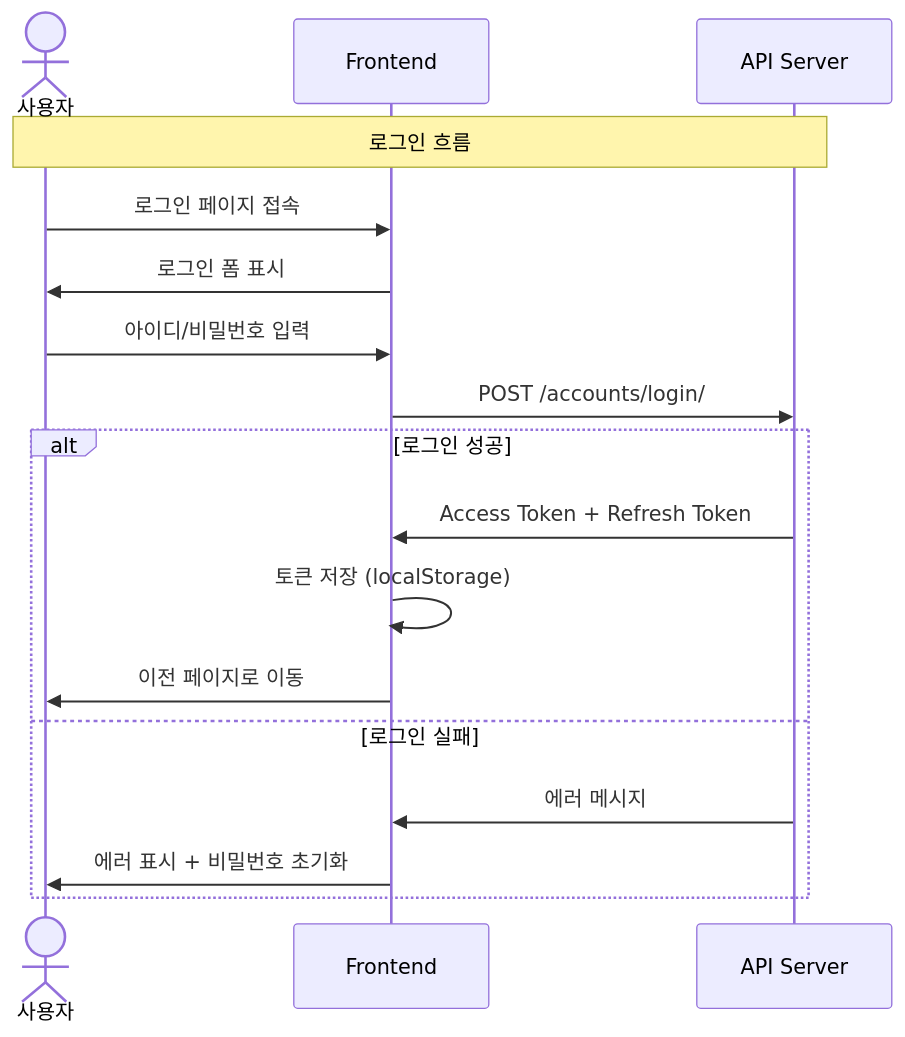
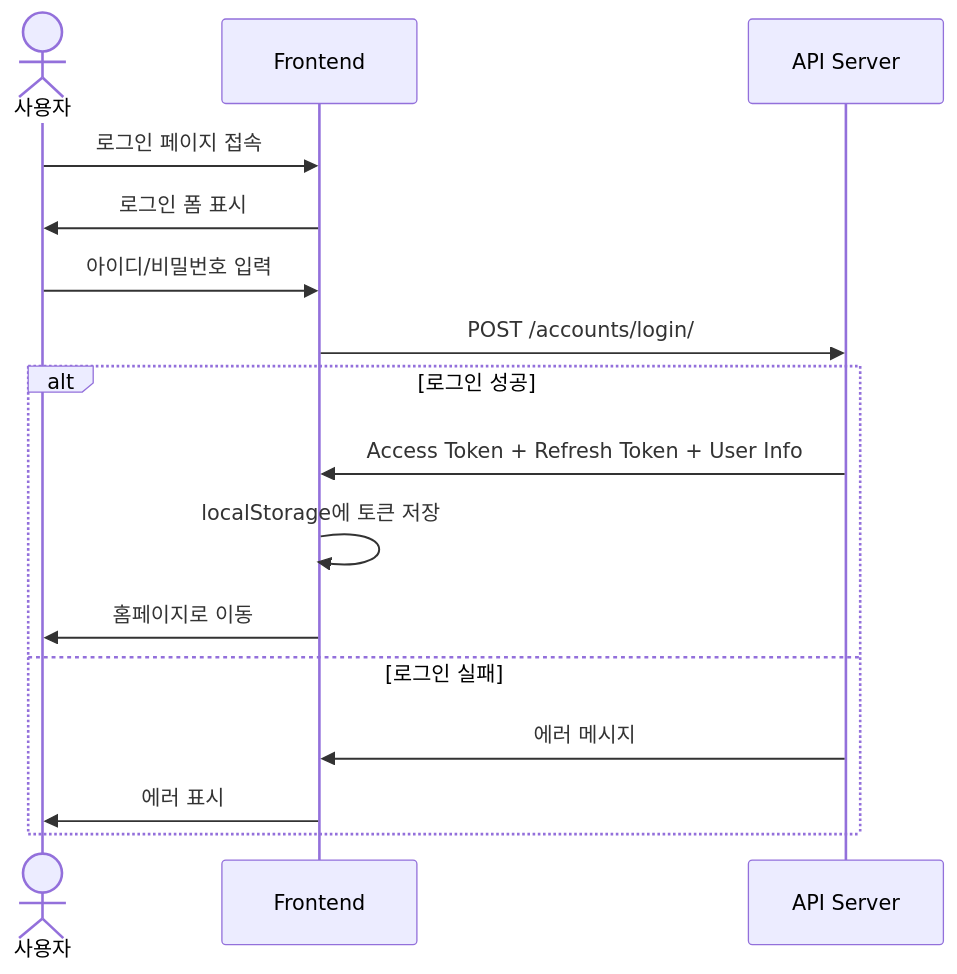
Before and after one commit to Open-Learn-Team/open-market: the second of 11 diagrams in README.md, drawn with Mermaid. The commit also changed other lines of this file and 19 other files, not shown here.

````diff
--- a/README.md
+++ b/README.md
@@ -182,20 +176,19 @@
 ```mermaid
 sequenceDiagram
     actor U as 사용자
     participant F as Frontend
     participant A as API Server
-    
-    Note over U,A: 로그인 흐름
+
     U->>F: 로그인 페이지 접속
     F->>U: 로그인 폼 표시
     U->>F: 아이디/비밀번호 입력
     F->>A: POST /accounts/login/
     alt 로그인 성공
-        A->>F: Access Token + Refresh Token
-        F->>F: 토큰 저장 (localStorage)
-        F->>U: 이전 페이지로 이동
+        A->>F: Access Token + Refresh Token + User Info
+        F->>F: localStorage에 토큰 저장
+        F->>U: 홈페이지로 이동
     else 로그인 실패
         A->>F: 에러 메시지
-        F->>U: 에러 표시 + 비밀번호 초기화
+        F->>U: 에러 표시
     end
 ```
````
